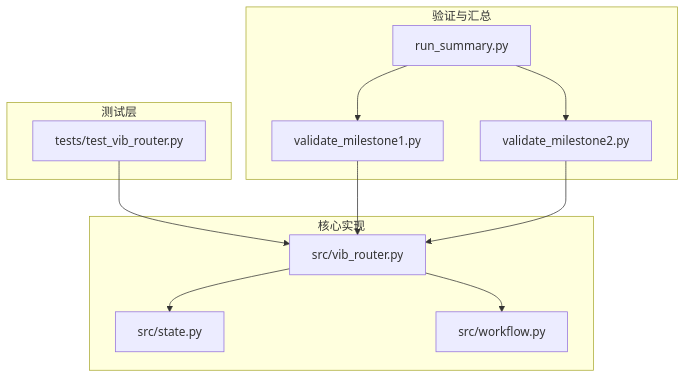
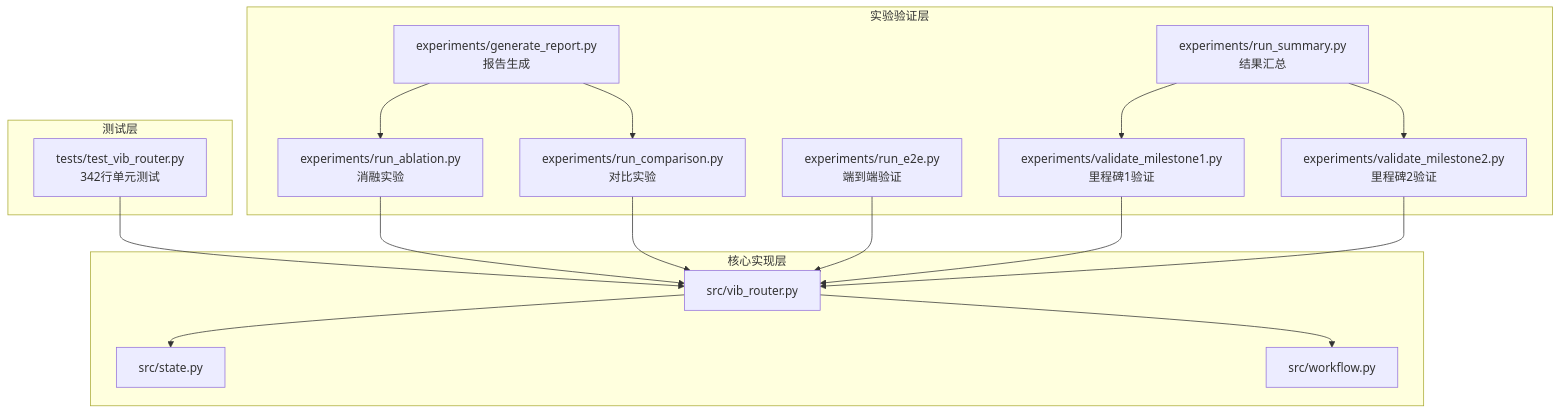
One commit to QuStarry/VIB-SparseCommunication changed the second of 5 diagrams in .qoder/repowiki/zh/content/测试与验证.md. Above: the diagram before and after it, drawn with Mermaid. The commit also changed other lines of this file and 28 other files, not shown here.

````diff
--- a/.qoder/repowiki/zh/content/测试与验证.md
+++ b/.qoder/repowiki/zh/content/测试与验证.md
@@ -83,23 +110,32 @@
 ```mermaid
 graph TB
 subgraph "测试层"
-T1["tests/test_vib_router.py"]
+T1["tests/test_vib_router.py<br/>342行单元测试"]
 end
-subgraph "核心实现"
+subgraph "实验验证层"
+E1["experiments/run_ablation.py<br/>消融实验"]
+E2["experiments/run_comparison.py<br/>对比实验"]
+E3["experiments/run_e2e.py<br/>端到端验证"]
+E4["experiments/generate_report.py<br/>报告生成"]
+E5["experiments/validate_milestone1.py<br/>里程碑1验证"]
+E6["experiments/validate_milestone2.py<br/>里程碑2验证"]
+E7["experiments/run_summary.py<br/>结果汇总"]
+end
+subgraph "核心实现层"
 R["src/vib_router.py"]
 S["src/state.py"]
 W["src/workflow.py"]
 end
-subgraph "验证与汇总"
-M1["validate_milestone1.py"]
-M2["validate_milestone2.py"]
-SUM["run_summary.py"]
-end
 T1 --> R
+E1 --> R
+E2 --> R
+E3 --> R
+E4 --> E1
+E4 --> E2
+E5 --> R
+E6 --> R
+E7 --> E5
+E7 --> E6
 R --> S
 R --> W
-M1 --> R
-M2 --> R
-SUM --> M1
-SUM --> M2
 ```
````
